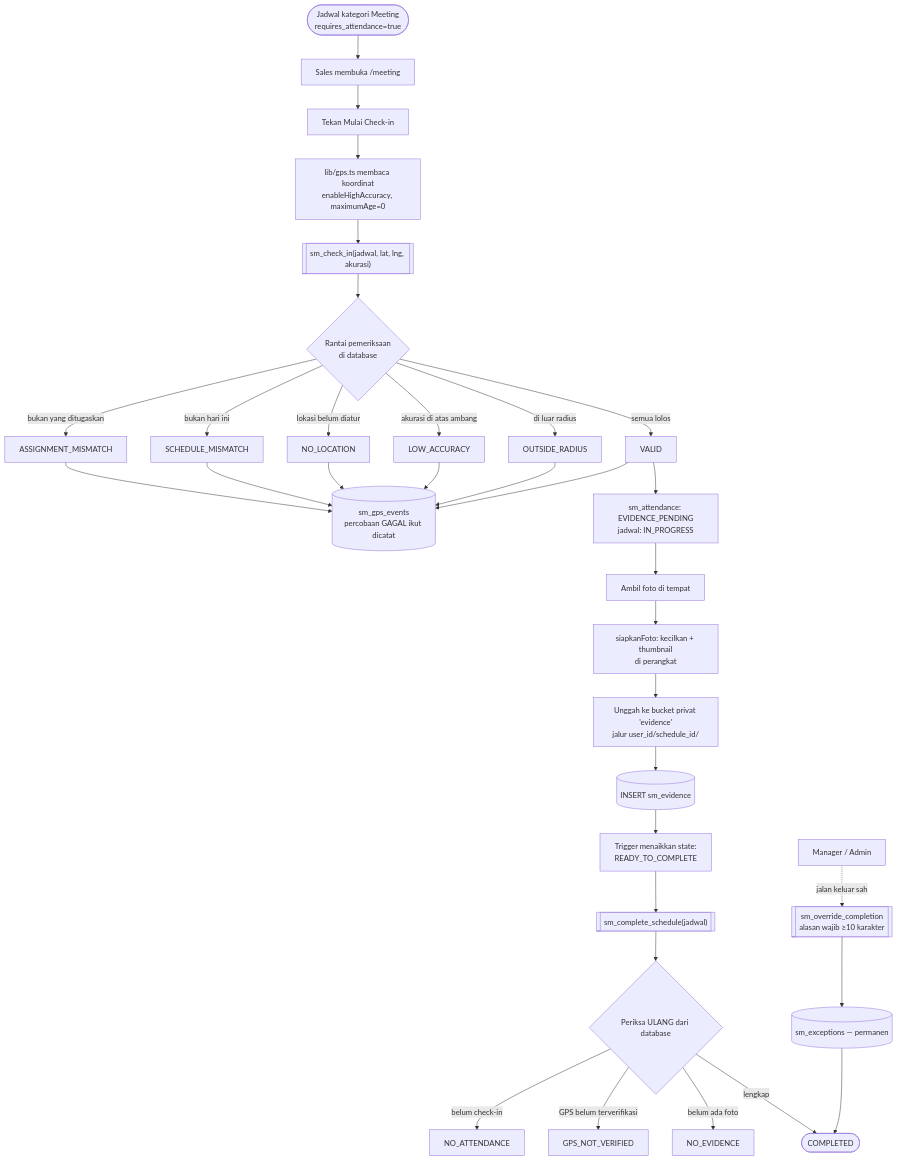
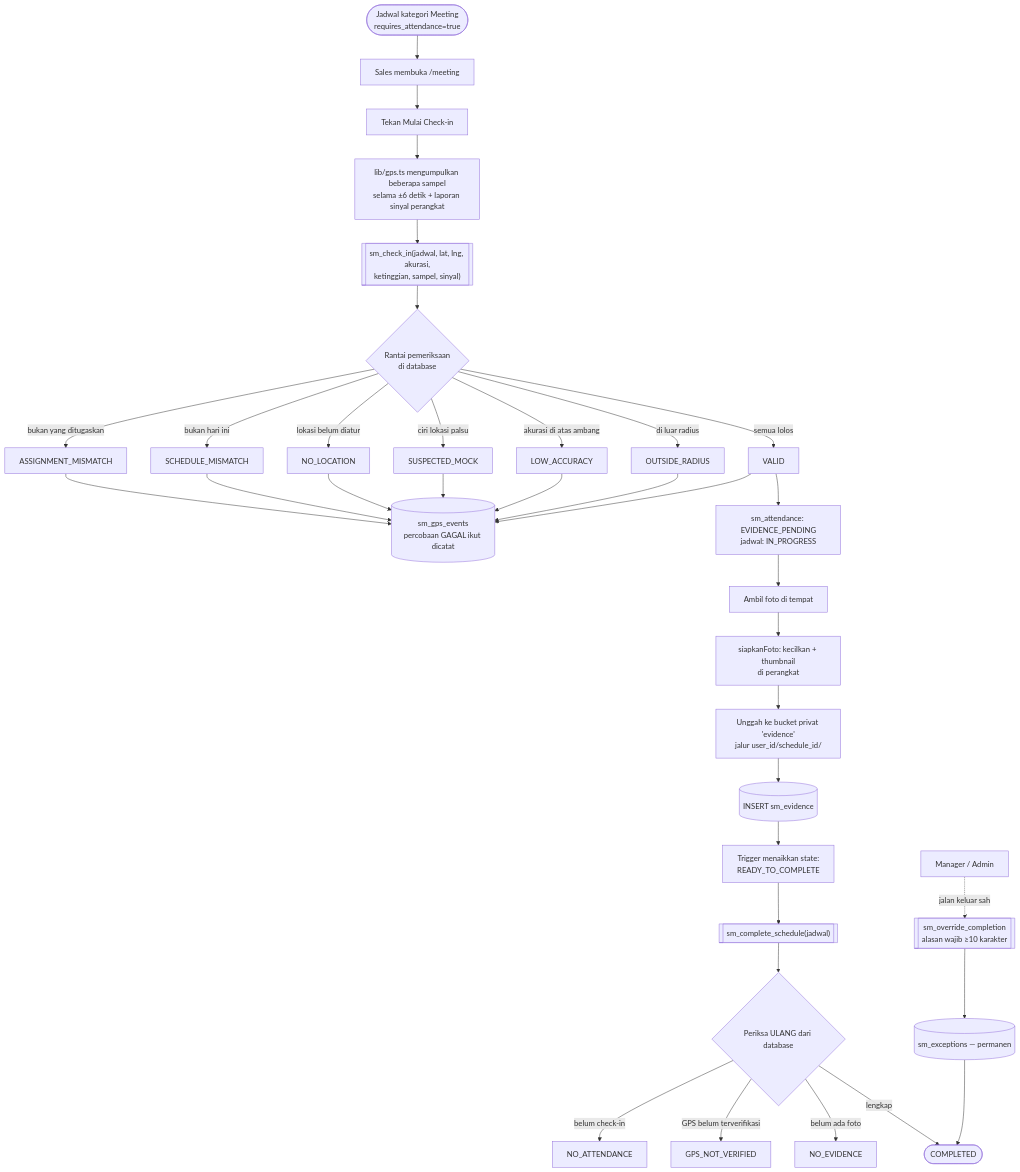
One commit to perdanadhany20-ux/sales-management-platform changed the second of 8 diagrams in docs/ALUR.md. Above: the diagram before and after it, drawn with Mermaid. The commit also changed other lines of this file and 7 other files, not shown here.

````diff
--- a/docs/ALUR.md
+++ b/docs/ALUR.md
@@ -59,36 +59,37 @@
 ```mermaid
 flowchart TD
     A([Jadwal kategori Meeting<br/>requires_attendance=true]) --> B[Sales membuka /meeting]
     B --> C[Tekan Mulai Check-in]
-    C --> D[lib/gps.ts membaca koordinat<br/>enableHighAccuracy, maximumAge=0]
-    D --> E[["sm_check_in(jadwal, lat, lng, akurasi)"]]
+    C --> D[lib/gps.ts mengumpulkan beberapa sampel<br/>selama ±6 detik + laporan sinyal perangkat]
+    D --> E[["sm_check_in(jadwal, lat, lng, akurasi,<br/>ketinggian, sampel, sinyal)"]]
 
     E --> F{Rantai pemeriksaan<br/>di database}
     F -- bukan yang ditugaskan --> G1[ASSIGNMENT_MISMATCH]
     F -- bukan hari ini --> G2[SCHEDULE_MISMATCH]
     F -- lokasi belum diatur --> G3[NO_LOCATION]
+    F -- ciri lokasi palsu --> G6[SUSPECTED_MOCK]
     F -- akurasi di atas ambang --> G4[LOW_ACCURACY]
     F -- di luar radius --> G5[OUTSIDE_RADIUS]
     F -- semua lolos --> H[VALID]
 
-    G1 & G2 & G3 & G4 & G5 --> T[(sm_gps_events<br/>percobaan GAGAL ikut dicatat)]
+    G1 & G2 & G3 & G6 & G4 & G5 --> T[(sm_gps_events<br/>percobaan GAGAL ikut dicatat)]
     H --> T
 
     H --> I[sm_attendance: EVIDENCE_PENDING<br/>jadwal: IN_PROGRESS]
     I --> J[Ambil foto di tempat]
     J --> K[siapkanFoto: kecilkan + thumbnail<br/>di perangkat]
     K --> L[Unggah ke bucket privat 'evidence'<br/>jalur user_id/schedule_id/]
     L --> M[(INSERT sm_evidence)]
     M --> N[Trigger menaikkan state:<br/>READY_TO_COMPLETE]
 
     N --> O[["sm_complete_schedule(jadwal)"]]
     O --> P{Periksa ULANG dari database}
     P -- belum check-in --> Q1[NO_ATTENDANCE]
     P -- GPS belum terverifikasi --> Q2[GPS_NOT_VERIFIED]
     P -- belum ada foto --> Q3[NO_EVIDENCE]
     P -- lengkap --> R([COMPLETED])
 
     S[Manager / Admin] -. jalan keluar sah .-> U[["sm_override_completion<br/>alasan wajib ≥10 karakter"]]
     U --> V[(sm_exceptions — permanen)]
     V --> R
 ```
````
